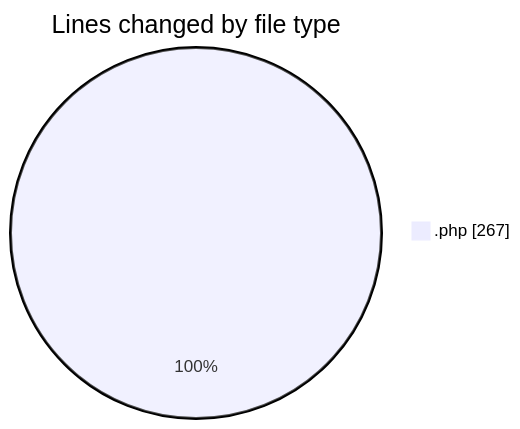
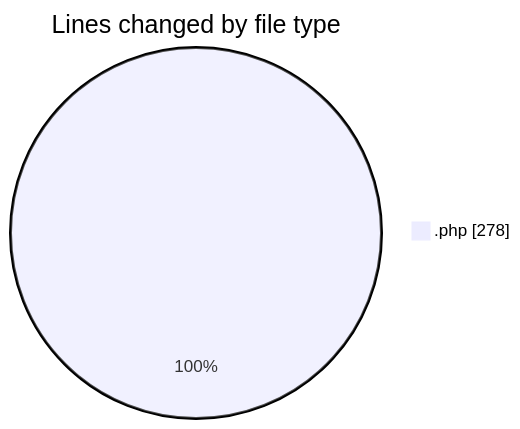
One commit to debugP/code-tracking changed the first of 2 diagrams in 2025-09-30/untitled__workspace_/README.md. Above: the diagram before and after it, drawn with Mermaid. The commit also changed other lines of this file and 1 other file, not shown here.

````diff
--- a/2025-09-30/untitled__workspace_/README.md
+++ b/2025-09-30/untitled__workspace_/README.md
@@ -21,5 +21,5 @@
 ```mermaid
 pie showData
 title Lines changed by file type
-".php" : 267
+".php" : 278
 ```
````
